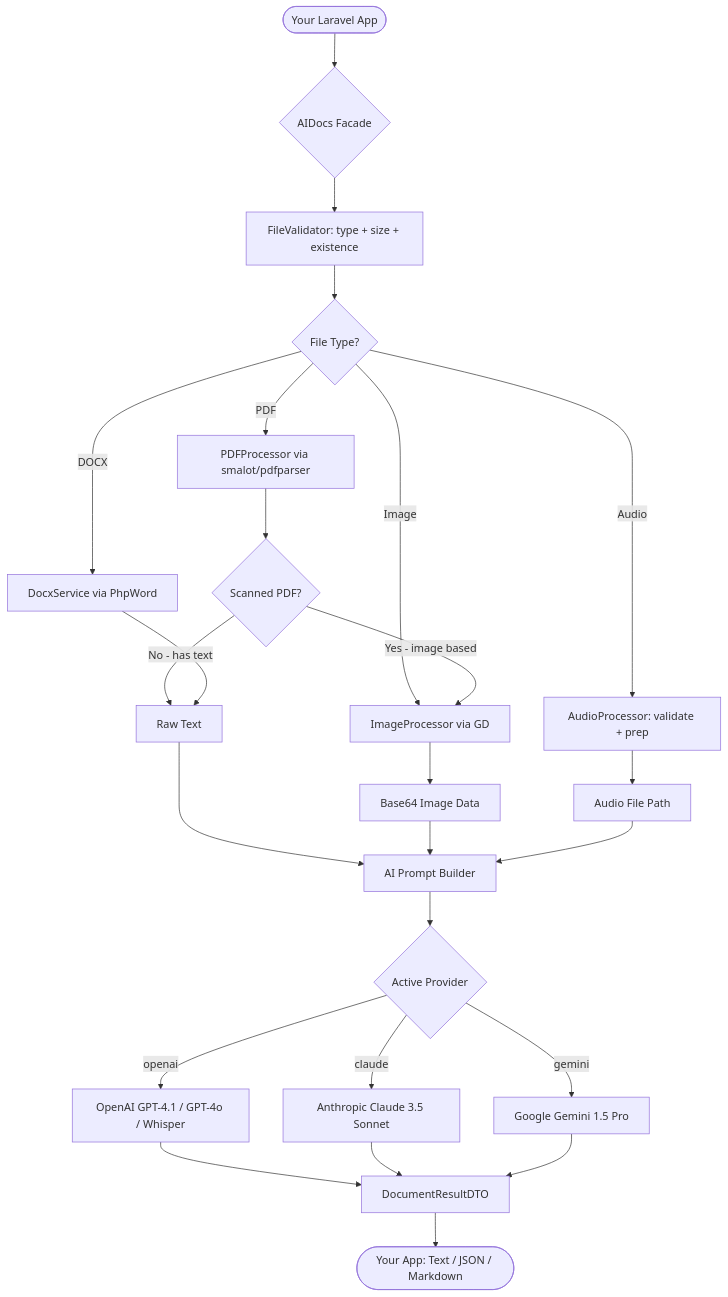
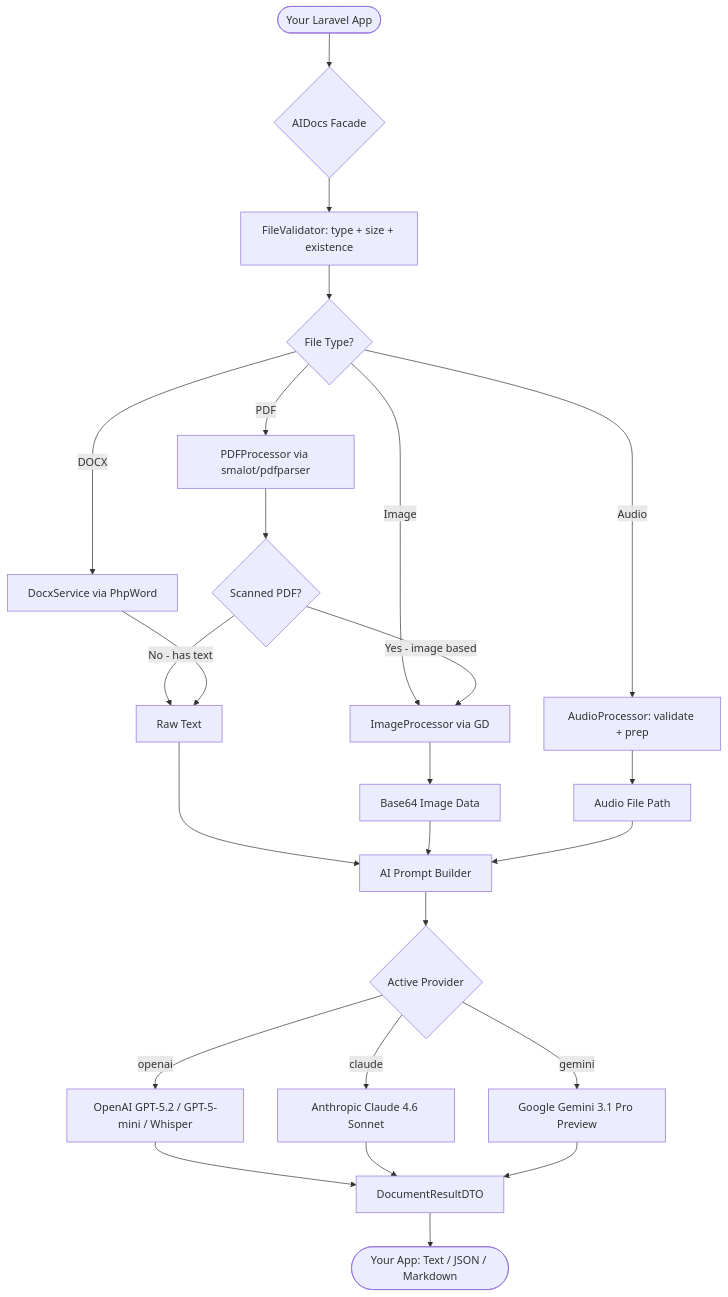
One commit to subhashladumor1/laravel-ai-docs changed the first of 6 diagrams in README.md. Above: the diagram before and after it, drawn with Mermaid. The commit also changed other lines of this file and 1 other file, not shown here.

````diff
--- a/README.md
+++ b/README.md
@@ -46,33 +46,33 @@
 ```mermaid
 flowchart TD
     A([Your Laravel App]) --> B{AIDocs Facade}
     B --> C[FileValidator: type + size + existence]
     C --> D{File Type?}
 
     D -->|PDF| E[PDFProcessor via smalot/pdfparser]
     D -->|DOCX| F[DocxService via PhpWord]
     D -->|Image| G[ImageProcessor via GD]
     D -->|Audio| H[AudioProcessor: validate + prep]
 
     E --> I{Scanned PDF?}
     I -->|Yes - image based| G
     I -->|No - has text| J[Raw Text]
     F --> J
     G --> K[Base64 Image Data]
     H --> L[Audio File Path]
 
     J --> M[AI Prompt Builder]
     K --> M
     L --> M
 
     M --> N{Active Provider}
-    N -->|openai| O[OpenAI GPT-4.1 / GPT-4o / Whisper]
-    N -->|claude| P[Anthropic Claude 3.5 Sonnet]
-    N -->|gemini| Q[Google Gemini 1.5 Pro]
+    N -->|openai| O[OpenAI GPT-5.2 / GPT-5-mini / Whisper]
+    N -->|claude| P[Anthropic Claude 4.6 Sonnet]
+    N -->|gemini| Q[Google Gemini 3.1 Pro Preview]
 
     O --> R[DocumentResultDTO]
     P --> R
     Q --> R
 
     R --> S([Your App: Text / JSON / Markdown])
 ```
````
